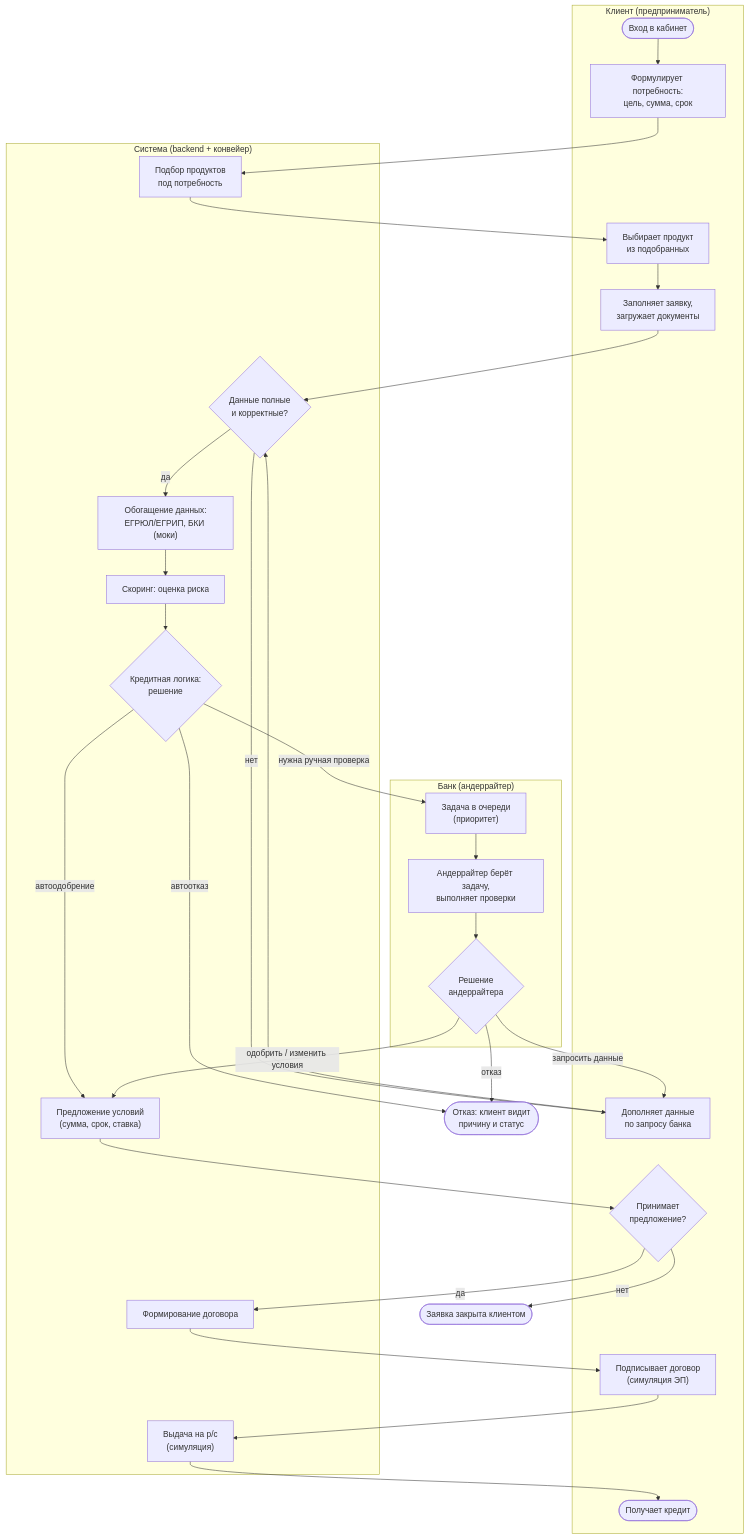
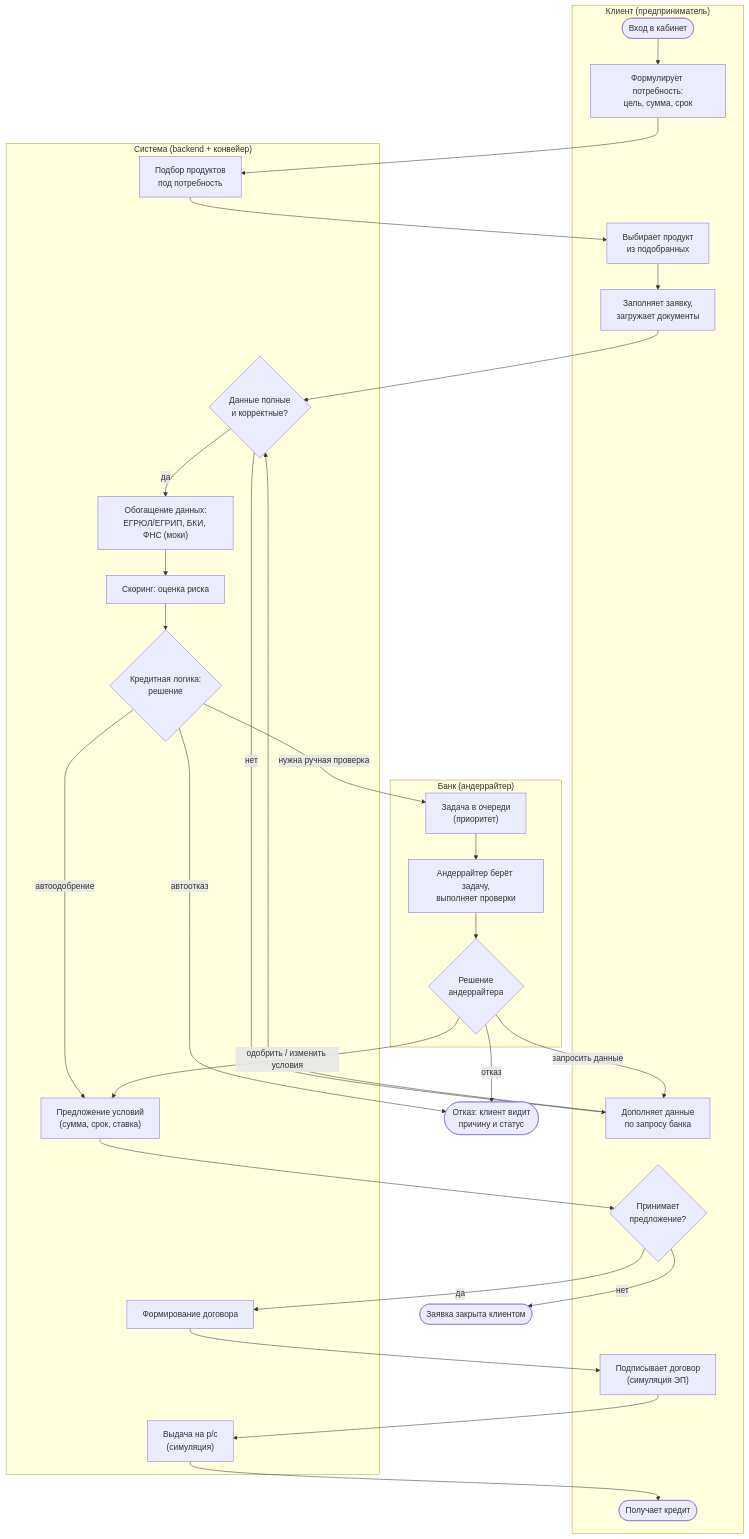
Before and after one commit to UnknownData7/alfa-hack-2026: the first of 3 diagrams in docs/DIAGRAMS.md, drawn with Mermaid. The commit also changed other lines of this file and 17 other files, not shown here.

````diff
--- a/docs/DIAGRAMS.md
+++ b/docs/DIAGRAMS.md
@@ -9,42 +9,42 @@
 ```mermaid
 flowchart TD
   subgraph C["Клиент (предприниматель)"]
     c1(["Вход в кабинет"])
     c2["Формулирует потребность:<br/>цель, сумма, срок"]
     c3["Выбирает продукт<br/>из подобранных"]
     c4["Заполняет заявку,<br/>загружает документы"]
     c5["Дополняет данные<br/>по запросу банка"]
     c6{"Принимает<br/>предложение?"}
     c7["Подписывает договор<br/>(симуляция ЭП)"]
     c8(["Получает кредит"])
   end
   subgraph S["Система (backend + конвейер)"]
     s1["Подбор продуктов<br/>под потребность"]
     s2{"Данные полные<br/>и корректные?"}
-    s3["Обогащение данных:<br/>ЕГРЮЛ/ЕГРИП, БКИ (моки)"]
+    s3["Обогащение данных:<br/>ЕГРЮЛ/ЕГРИП, БКИ, ФНС (моки)"]
     s4["Скоринг: оценка риска"]
     s5{"Кредитная логика:<br/>решение"}
     s6["Предложение условий<br/>(сумма, срок, ставка)"]
     s7["Формирование договора"]
     s8["Выдача на р/с<br/>(симуляция)"]
   end
   subgraph B["Банк (андеррайтер)"]
     b1["Задача в очереди<br/>(приоритет)"]
     b2["Андеррайтер берёт задачу,<br/>выполняет проверки"]
     b3{"Решение<br/>андеррайтера"}
   end
   c1 --> c2 --> s1 --> c3 --> c4 --> s2
   s2 -- "нет" --> c5 --> s2
   s2 -- "да" --> s3 --> s4 --> s5
   s5 -- "автоодобрение" --> s6
   s5 -- "нужна ручная проверка" --> b1 --> b2 --> b3
   s5 -- "автоотказ" --> e1
   b3 -- "одобрить / изменить условия" --> s6
   b3 -- "запросить данные" --> c5
   b3 -- "отказ" --> e1
   s6 --> c6
   c6 -- "да" --> s7 --> c7 --> s8 --> c8
   c6 -- "нет" --> e2
   e1(["Отказ: клиент видит<br/>причину и статус"])
   e2(["Заявка закрыта клиентом"])
 ```
````
